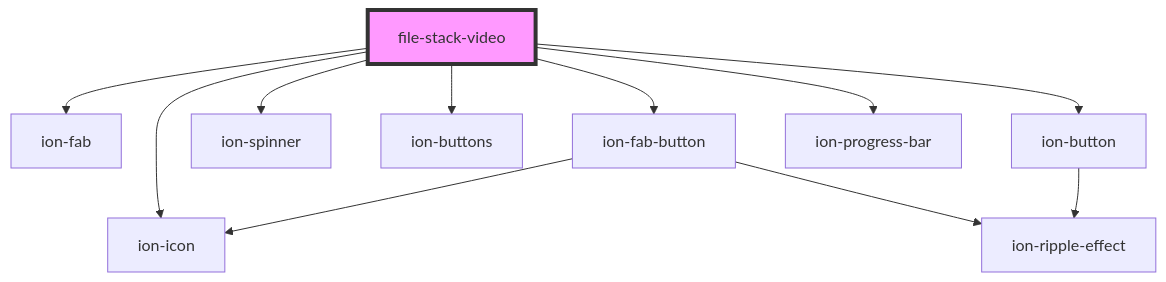
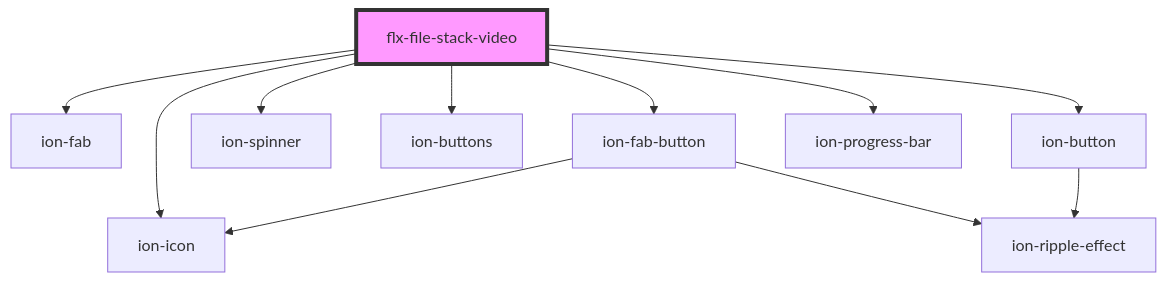
The diagram in src/components/file/stack-video/readme.md (Scan0815/felix-core), drawn with Mermaid before and after one commit. The commit also changed 16 other files, not shown here.

````diff
--- a/src/components/file/stack-video/readme.md
+++ b/src/components/file/stack-video/readme.md
@@ -61,14 +61,14 @@
 ```mermaid
 graph TD;
-  file-stack-video --> ion-fab
-  file-stack-video --> ion-fab-button
-  file-stack-video --> ion-icon
-  file-stack-video --> ion-spinner
-  file-stack-video --> ion-buttons
-  file-stack-video --> ion-button
-  file-stack-video --> ion-progress-bar
+  flx-file-stack-video --> ion-fab
+  flx-file-stack-video --> ion-fab-button
+  flx-file-stack-video --> ion-icon
+  flx-file-stack-video --> ion-spinner
+  flx-file-stack-video --> ion-buttons
+  flx-file-stack-video --> ion-button
+  flx-file-stack-video --> ion-progress-bar
   ion-fab-button --> ion-icon
   ion-fab-button --> ion-ripple-effect
   ion-button --> ion-ripple-effect
-  style file-stack-video fill:#f9f,stroke:#333,stroke-width:4px
+  style flx-file-stack-video fill:#f9f,stroke:#333,stroke-width:4px
 ```
````
